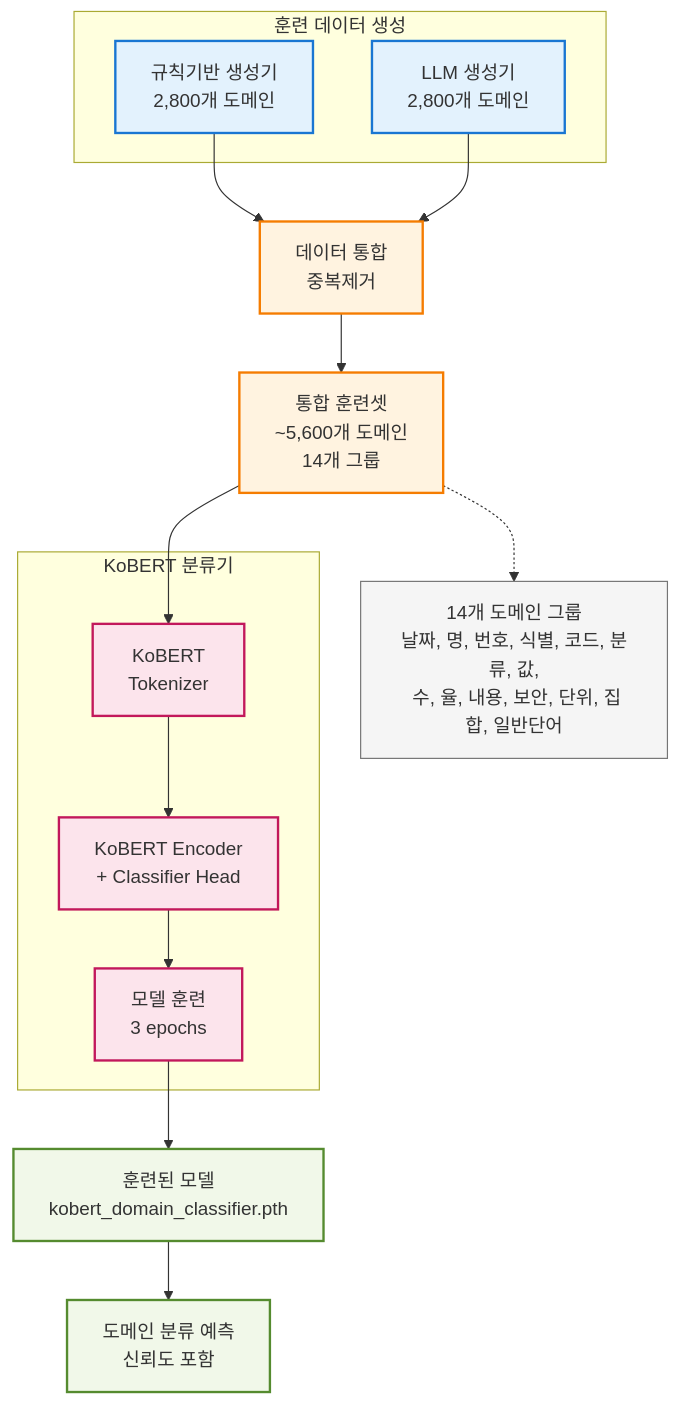
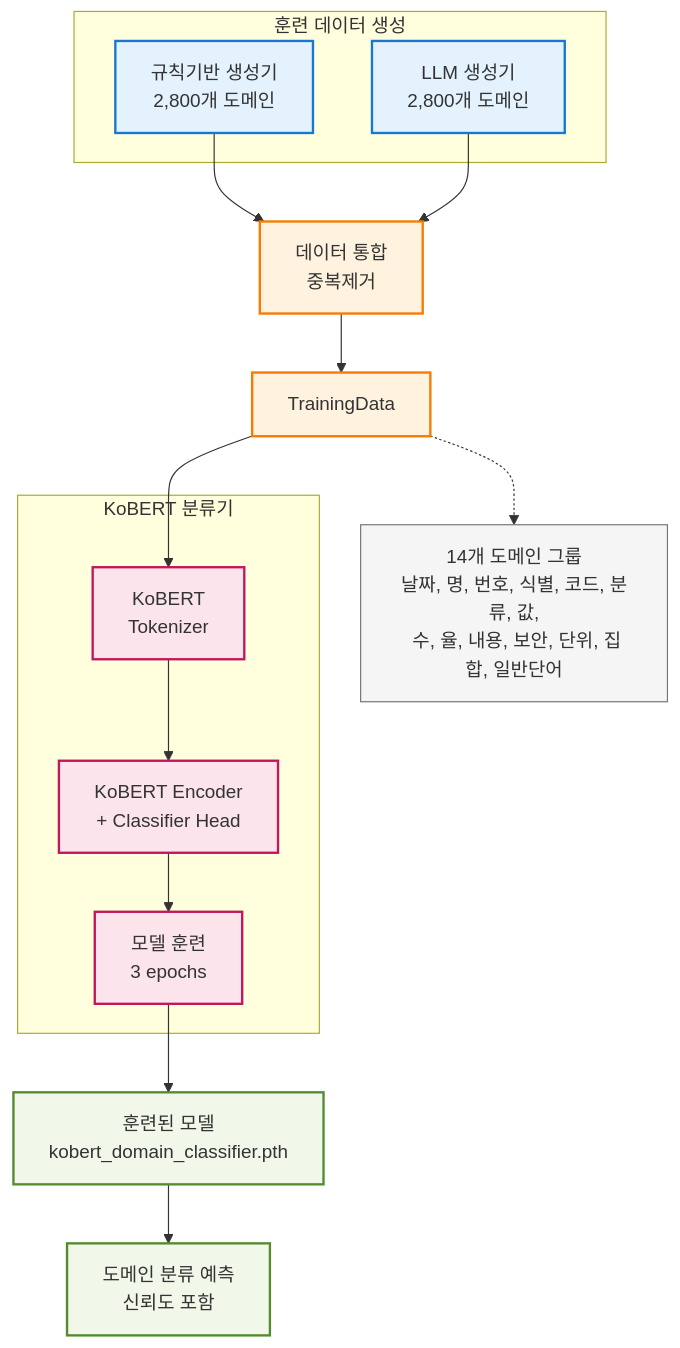
Before and after one commit to kmink3225/website: the sixth of 45 diagrams in docs/portfolio/flowchart.qmd, drawn with Mermaid. The commit also changed other lines of this file and 1 other file, not shown here.

````diff
--- a/docs/portfolio/flowchart.qmd
+++ b/docs/portfolio/flowchart.qmd
@@ -439,53 +440,53 @@
 ```{mermaid}
 graph TD
     %% Data Generation
     subgraph DataGen["훈련 데이터 생성"]
         RuleGen[규칙기반 생성기<br/>2,800개 도메인]
         LLMGen[LLM 생성기<br/>2,800개 도메인]
     end
     
     %% Data Processing
     DataMerger[데이터 통합<br/>중복제거]
-    TrainingData[통합 훈련셋<br/>~5,600개 도메인<br/>14개 그룹]
+    
     
     %% Model Training
     subgraph ModelTrain["KoBERT 분류기"]
         Tokenizer[KoBERT<br/>Tokenizer]
         Model[KoBERT Encoder<br/>+ Classifier Head]
         Training[모델 훈련<br/>3 epochs]
     end
     
     %% Output
     TrainedModel[훈련된 모델<br/>kobert_domain_classifier.pth]
     Prediction[도메인 분류 예측<br/>신뢰도 포함]
     
     %% Flow
     RuleGen --> DataMerger
     LLMGen --> DataMerger
     DataMerger --> TrainingData
     
     TrainingData --> Tokenizer
     Tokenizer --> Model
     Model --> Training
     Training --> TrainedModel
     
     TrainedModel --> Prediction
     
     %% Domain Groups Box
     DomainGroups[" 14개 도메인 그룹<br/>날짜, 명, 번호, 식별, 코드, 분류, 값,<br/> 수, 율, 내용, 보안, 단위, 집합, 일반단어"]
     
     TrainingData -.-> DomainGroups
     
     %% Styling
     classDef generation fill:#e3f2fd,stroke:#1976d2,stroke-width:2px
     classDef processing fill:#fff3e0,stroke:#f57c00,stroke-width:2px
     classDef model fill:#fce4ec,stroke:#c2185b,stroke-width:2px
     classDef output fill:#f1f8e9,stroke:#558b2f,stroke-width:2px
     classDef info fill:#f5f5f5,stroke:#757575,stroke-width:1px
     
     class RuleGen,LLMGen generation
     class DataMerger,TrainingData processing
     class Tokenizer,Model,Training model
     class TrainedModel,Prediction output
     class DomainGroups info
 ```
````
